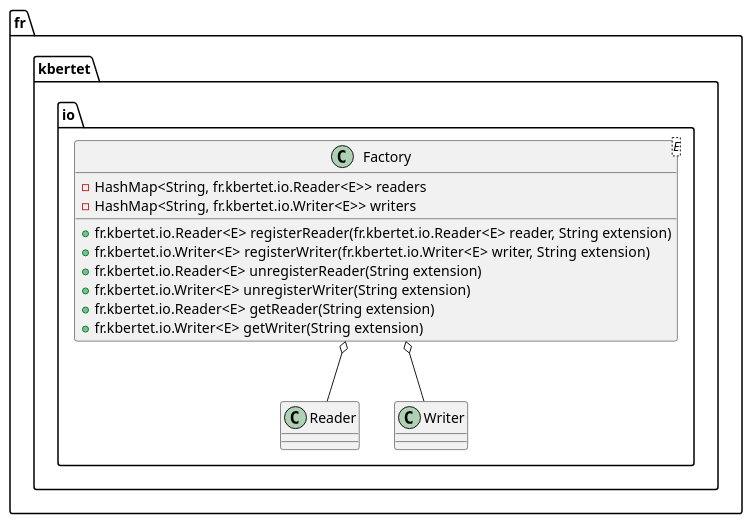
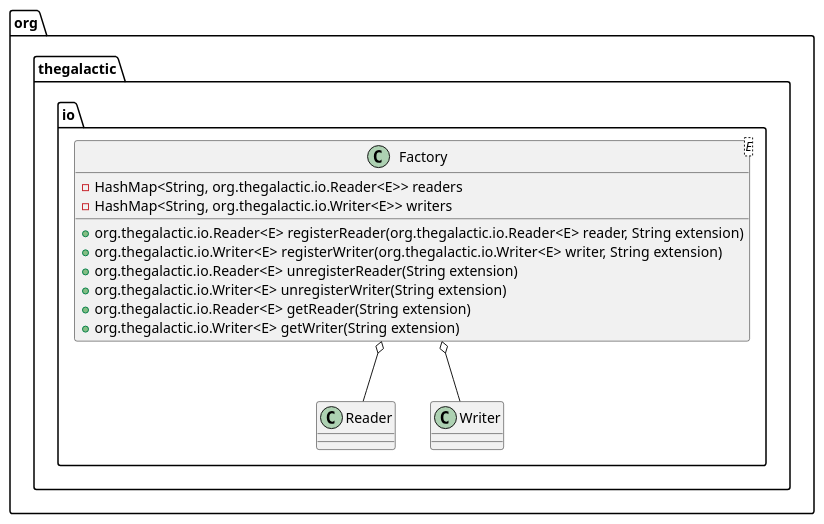
Before and after one commit to thegalactic/java-lattices: the diagram in src/main/javadoc/resources/org/thegalactic/io/Factory.iuml, drawn with PlantUML. The commit also changed 40 other files, not shown here.

Commit message:
Using org.thegalactic namespace

```diff
--- a/src/main/javadoc/resources/org/thegalactic/io/Factory.iuml
+++ b/src/main/javadoc/resources/org/thegalactic/io/Factory.iuml
@@ -1,15 +1,15 @@
-package fr.kbertet.io {
+package org.thegalactic.io {
     class Factory<E> {
-    	-HashMap<String, fr.kbertet.io.Reader<E>> readers
-    	-HashMap<String, fr.kbertet.io.Writer<E>> writers
-        +fr.kbertet.io.Reader<E> registerReader(fr.kbertet.io.Reader<E> reader, String extension)
-        +fr.kbertet.io.Writer<E> registerWriter(fr.kbertet.io.Writer<E> writer, String extension)
-        +fr.kbertet.io.Reader<E> unregisterReader(String extension)
-        +fr.kbertet.io.Writer<E> unregisterWriter(String extension)
-        +fr.kbertet.io.Reader<E> getReader(String extension)
-        +fr.kbertet.io.Writer<E> getWriter(String extension)
+    	-HashMap<String, org.thegalactic.io.Reader<E>> readers
+    	-HashMap<String, org.thegalactic.io.Writer<E>> writers
+        +org.thegalactic.io.Reader<E> registerReader(org.thegalactic.io.Reader<E> reader, String extension)
+        +org.thegalactic.io.Writer<E> registerWriter(org.thegalactic.io.Writer<E> writer, String extension)
+        +org.thegalactic.io.Reader<E> unregisterReader(String extension)
+        +org.thegalactic.io.Writer<E> unregisterWriter(String extension)
+        +org.thegalactic.io.Reader<E> getReader(String extension)
+        +org.thegalactic.io.Writer<E> getWriter(String extension)
     }
 
-    Factory o-- fr.kbertet.io.Reader
-    Factory o-- fr.kbertet.io.Writer
+    Factory o-- org.thegalactic.io.Reader
+    Factory o-- org.thegalactic.io.Writer
 }
```
